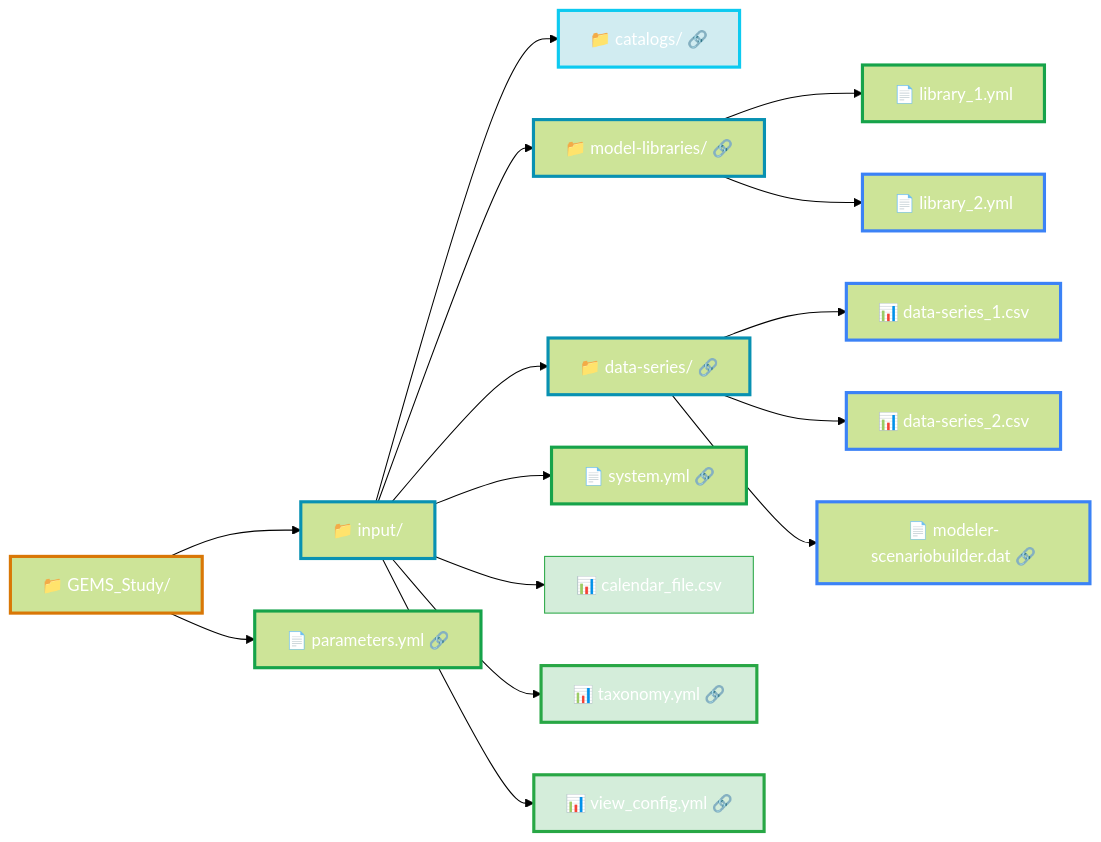
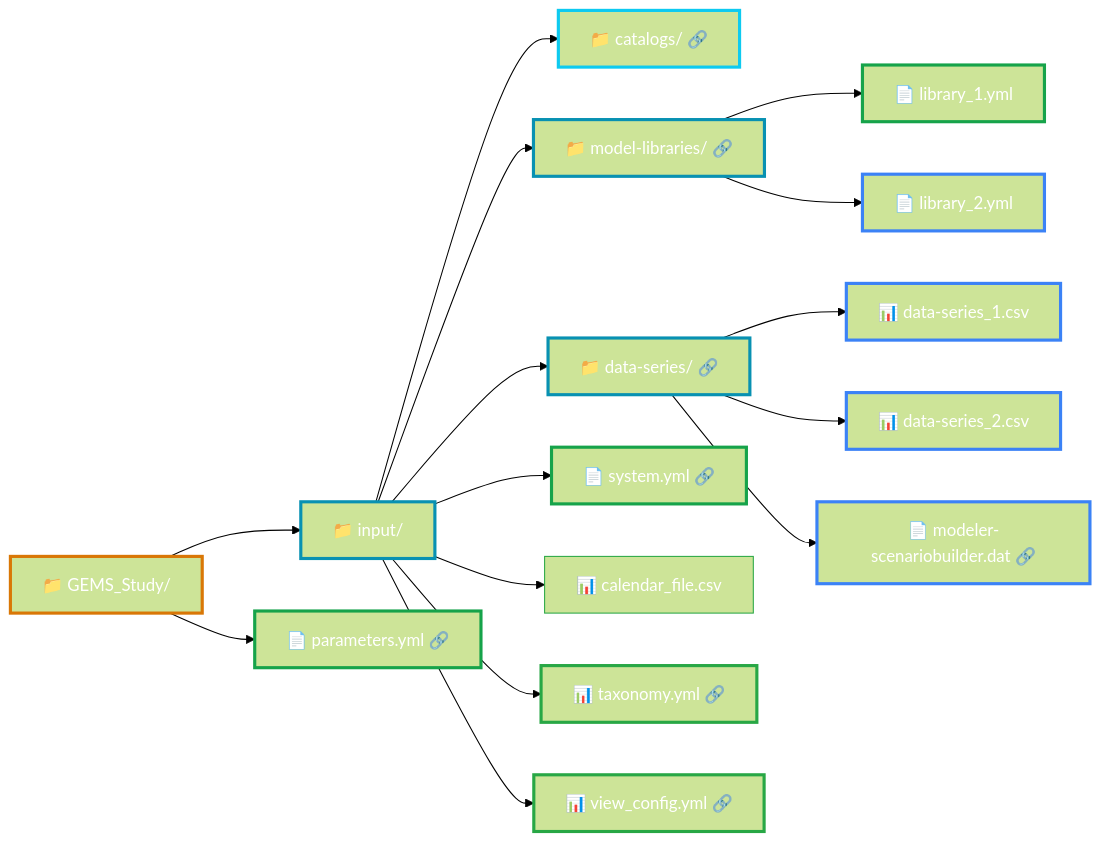
The diagram in doc/user-guide/input-files/overview.md (AntaresSimulatorTeam/GEMS), drawn with Mermaid (forest theme) before and after one commit.

Commit message:
adapt diagram to darkmode

````diff
--- a/doc/user-guide/input-files/overview.md
+++ b/doc/user-guide/input-files/overview.md
@@ -13,60 +13,60 @@
 ```mermaid
 flowchart LR
     Study["📁 GEMS_Study/"]
     Input["📁 input/"]
     Catalogs["📁 catalogs/ 🔗"]
     ModelLib["📁 model-libraries/ 🔗"]
     DataSeries["📁 data-series/ 🔗"]
     
     System["📄 system.yml 🔗"]
     Params["📄 parameters.yml 🔗"]
     Lib1["📄 library_1.yml"]
     Lib2["📄 library_2.yml"]
     Data1["📊 data-series_1.csv"]
     Data2["📊 data-series_2.csv"]
     Scenario["📄 modeler-scenariobuilder.dat 🔗"]
     Calendar["📊 calendar_file.csv"]
     Taxonomy["📊 taxonomy.yml 🔗"]
     View_Configuration["📊 view_config.yml 🔗"]
     
     Study --> Input
     Study --> Params
     Input --> ModelLib
     Input --> System
     Input --> DataSeries
     Input --> Catalogs
     Input --> Taxonomy
     Input --> Calendar
     Input --> View_Configuration
     ModelLib --> Lib1
     ModelLib --> Lib2
     DataSeries --> Data1
     DataSeries --> Data2
     DataSeries --> Scenario
     
     style Study stroke:#d97706,stroke-width:3px,color:#ffffff
     style Input stroke:#0891b2,stroke-width:3px,color:#ffffff
     style ModelLib stroke:#0891b2,stroke-width:3px,color:#ffffff
     style DataSeries stroke:#0891b2,stroke-width:3px,color:#ffffff
-    style Catalogs fill:#d1ecf1,stroke:#0dcaf0,stroke-width:3px,color:#ffffff
+    style Catalogs stroke:#0dcaf0,stroke-width:3px,color:#ffffff
     style System stroke:#16a34a,stroke-width:3px,color:#ffffff
-    style Taxonomy fill:#d4edda,stroke:#28a745,stroke-width:3px,color:#ffffff
-    style View_Configuration fill:#d4edda,stroke:#28a745,stroke-width:3px,color:#ffffff
-    style Calendar fill:#d4edda,stroke:#28a745,stroke-width:1px,color:#ffffff
+    style Taxonomy stroke:#28a745,stroke-width:3px,color:#ffffff
+    style View_Configuration stroke:#28a745,stroke-width:3px,color:#ffffff
+    style Calendar stroke:#28a745,stroke-width:1px,color:#ffffff
     style Params stroke:#16a34a,stroke-width:3px,color:#ffffff
     style Lib1 stroke:#16a34a,stroke-width:3px,color:#ffffff
     style Lib2 stroke:#3b82f6,stroke-width:3px,color:#ffffff
     style Data1 stroke:#3b82f6,stroke-width:3px,color:#ffffff
     style Data2 stroke:#3b82f6,stroke-width:3px,color:#ffffff
     style Scenario stroke:#3b82f6,stroke-width:3px,color:#ffffff
 
     
     click ModelLib "../library/"
     click System "../system/"
     click DataSeries "../data-series/"
     click Scenario "../scenario-builder/"
     click Params "../solver-optimization/"
     click Catalogs "../catalog/"
     click Taxonomy "../taxonomy/"
     click View_Configuration "../view-config/"
 ```
````
